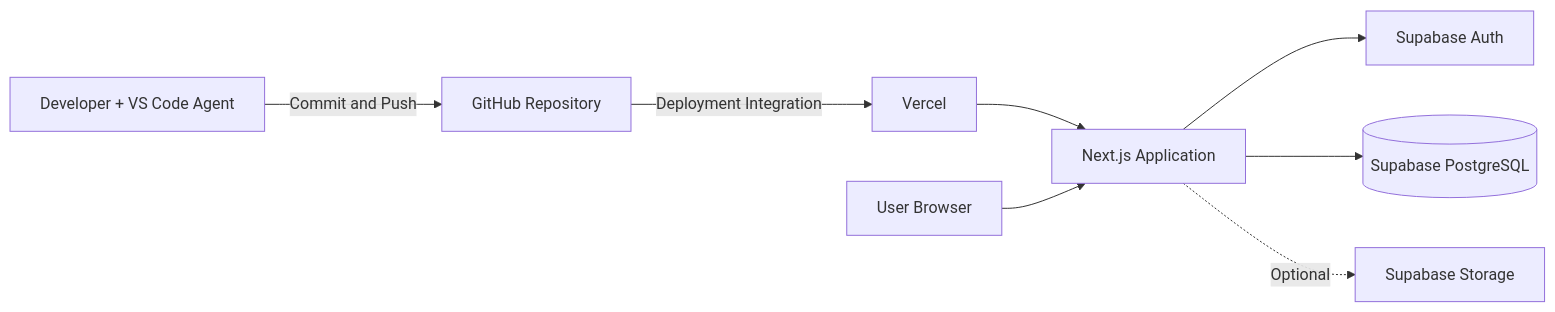
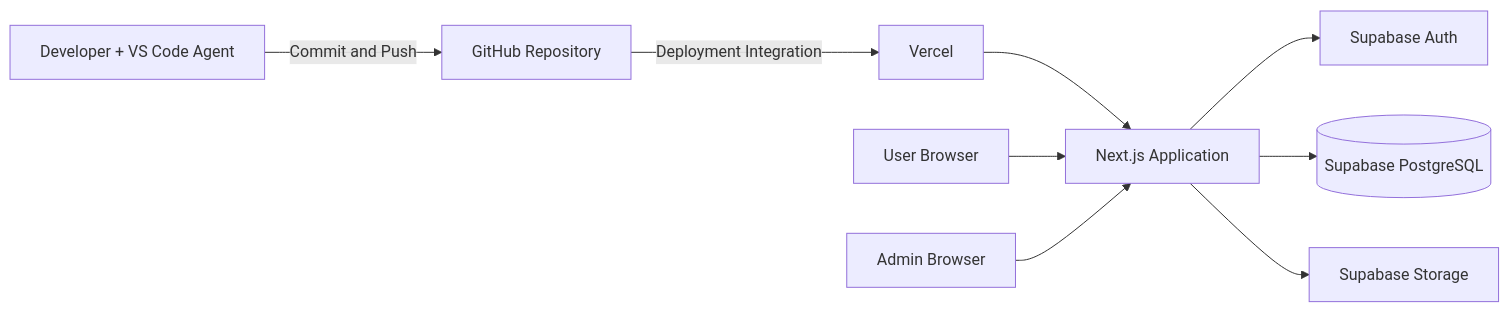
One commit to TuanDarcy/DiaMart changed the first of 2 diagrams in docs/architecture.md. Above: the diagram before and after it, drawn with Mermaid. The commit also changed other lines of this file and 11 other files, not shown here.

Commit message:
feat(admin): add protected dashboard with CRUD and storage image management

````diff
--- a/docs/architecture.md
+++ b/docs/architecture.md
@@ -16,20 +17,22 @@
 ```mermaid
 flowchart LR
     Developer[Developer + VS Code Agent]
     GitHub[GitHub Repository]
     Vercel[Vercel]
     Browser[User Browser]
+    AdminBrowser[Admin Browser]
     NextApp[Next.js Application]
     SupabaseAuth[Supabase Auth]
     SupabaseDB[(Supabase PostgreSQL)]
     SupabaseStorage[Supabase Storage]
 
     Developer -->|Commit and Push| GitHub
     GitHub -->|Deployment Integration| Vercel
     Vercel --> NextApp
     Browser --> NextApp
+    AdminBrowser --> NextApp
 
     NextApp --> SupabaseAuth
     NextApp --> SupabaseDB
-    NextApp -. Optional .-> SupabaseStorage
+    NextApp --> SupabaseStorage
 ```
````
